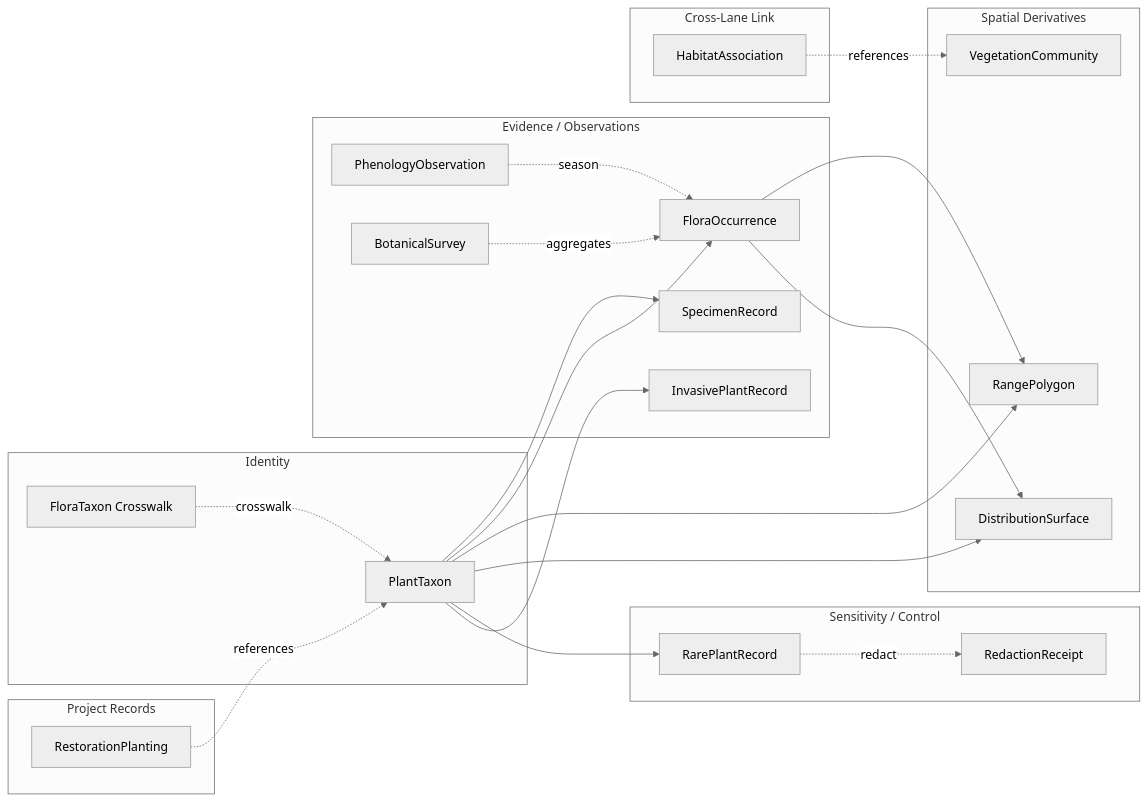
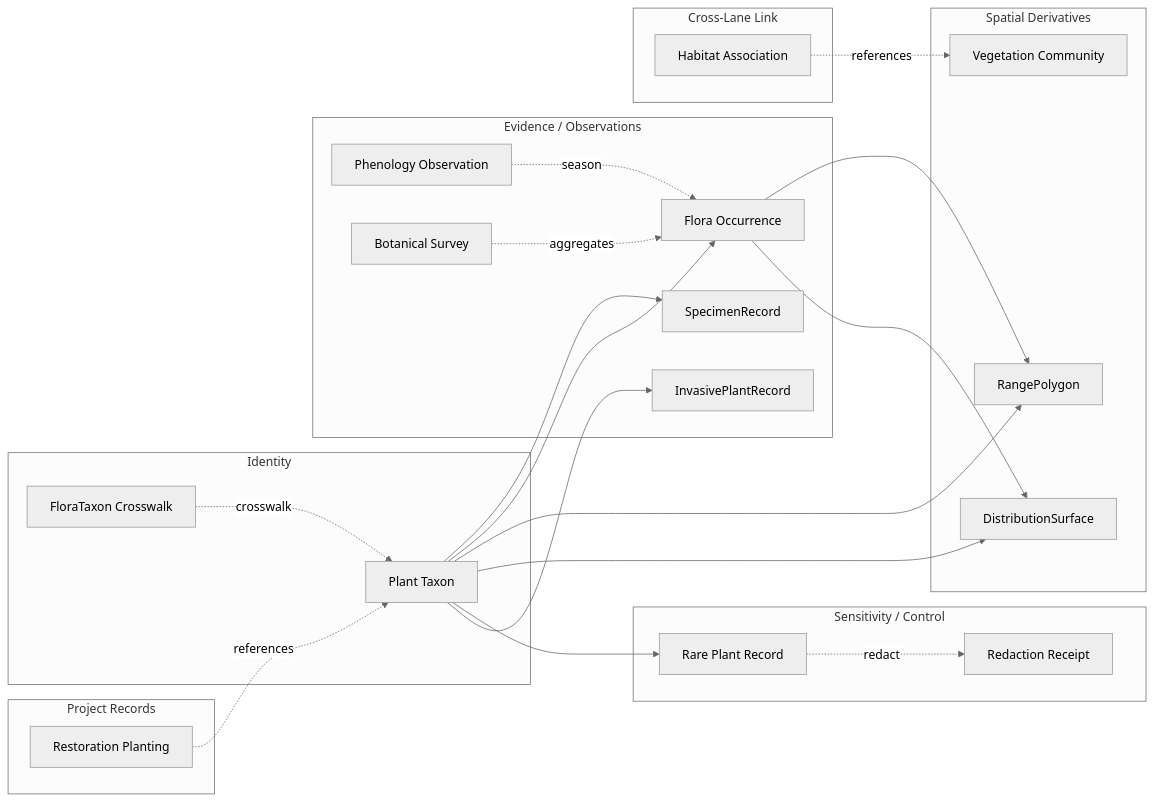
Before and after one commit to bartytime4life/Kansas-Frontier-Matrix: the first of 2 diagrams in docs/domains/flora/CONTINUITY_INVENTORY.md, drawn with Mermaid (neutral theme). The commit also changed other lines of this file, not shown here.

````diff
--- a/docs/domains/flora/CONTINUITY_INVENTORY.md
+++ b/docs/domains/flora/CONTINUITY_INVENTORY.md
@@ -251,49 +273,49 @@
 ```mermaid
 flowchart LR
     subgraph IDENTITY ["Identity"]
-        PT["PlantTaxon"]
+        PT["Plant Taxon"]
         FTC["FloraTaxon Crosswalk"]
     end
 
     subgraph EVIDENCE ["Evidence / Observations"]
         SR["SpecimenRecord"]
-        FO["FloraOccurrence"]
-        PO["PhenologyObservation"]
-        BS["BotanicalSurvey"]
+        FO["Flora Occurrence"]
+        PO["Phenology Observation"]
+        BS["Botanical Survey"]
         IPR["InvasivePlantRecord"]
     end
 
     subgraph SPATIAL ["Spatial Derivatives"]
         RP["RangePolygon"]
         DS["DistributionSurface"]
-        VC["VegetationCommunity"]
+        VC["Vegetation Community"]
     end
 
     subgraph SENSITIVITY ["Sensitivity / Control"]
-        RPR["RarePlantRecord"]
-        RR["RedactionReceipt"]
+        RPR["Rare Plant Record"]
+        RR["Redaction Receipt"]
     end
 
     subgraph PROJECT ["Project Records"]
-        RPL["RestorationPlanting"]
+        RPL["Restoration Planting"]
     end
 
     subgraph LINK ["Cross-Lane Link"]
-        HA["HabitatAssociation"]
+        HA["Habitat Association"]
     end
 
     PT --> SR
     PT --> FO
     PT --> RP
     PT --> DS
     PT --> RPR
     PT --> IPR
     FTC -.crosswalk.-> PT
     FO --> RP
     FO --> DS
     RPR -.redact.-> RR
     BS -.aggregates.-> FO
     PO -.season.-> FO
     HA -.references.-> VC
     RPL -.references.-> PT
 ```
````
